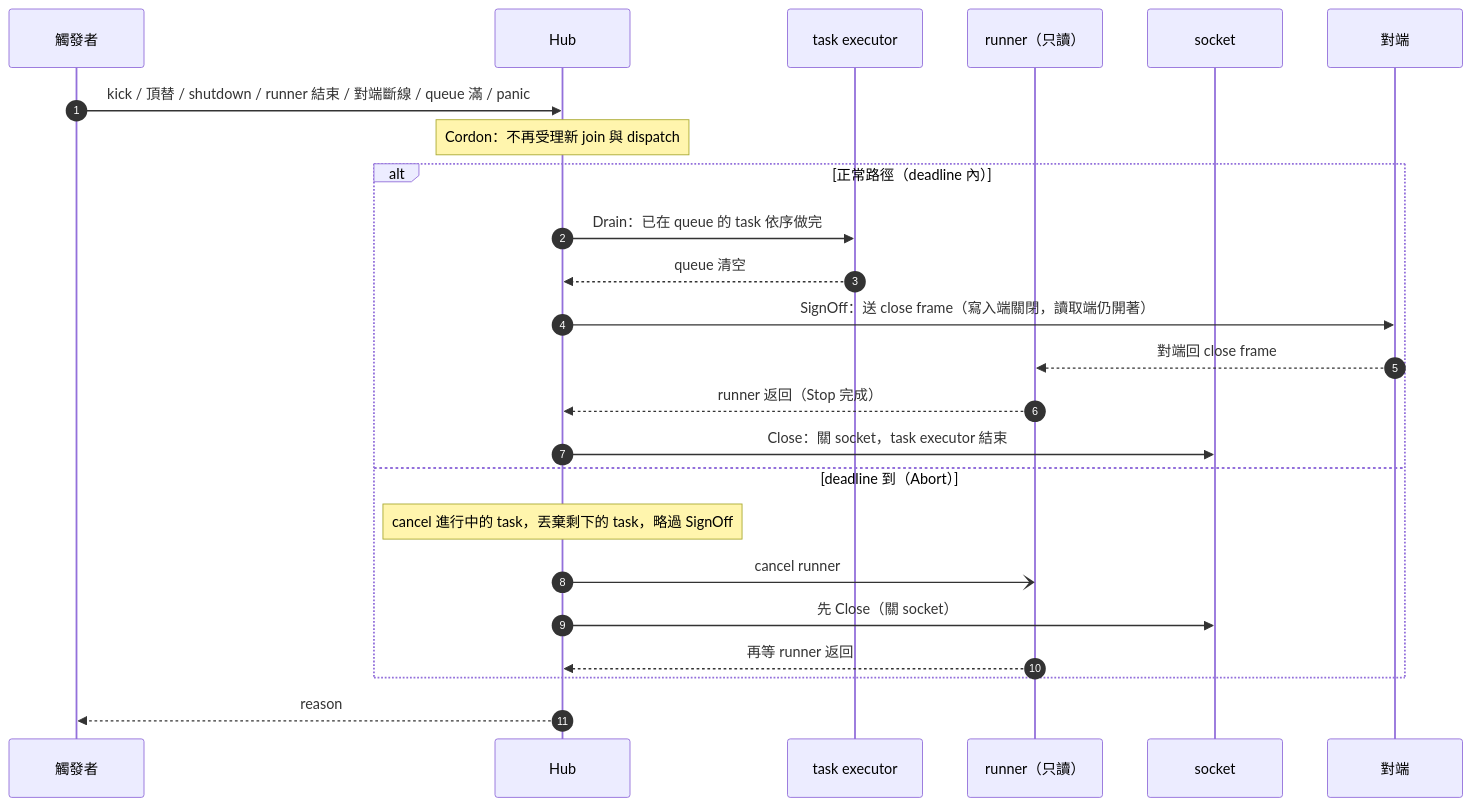
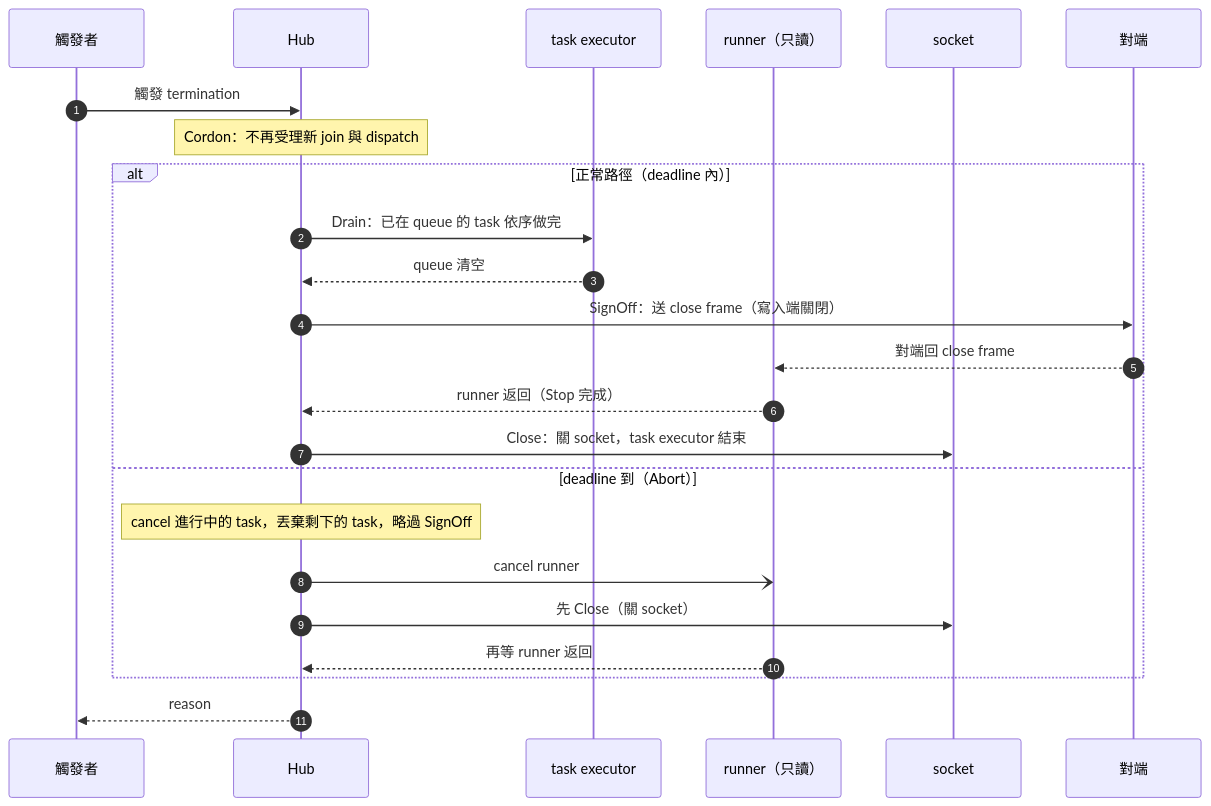
The fifth of 6 diagrams in app_lifecycle.md (KScaesar/system_design), drawn with Mermaid before and after one commit. The commit also changed other lines of this file, not shown here.

````diff
--- a/app_lifecycle.md
+++ b/app_lifecycle.md
@@ -854,27 +1465,27 @@
 ```mermaid
 sequenceDiagram
     autonumber
     participant T as 觸發者
     participant Hub
     participant Q as task executor
     participant R as runner（只讀）
     participant S as socket
     participant P as 對端
 
-    T->>Hub: kick / 頂替 / shutdown / runner 結束 / 對端斷線 / queue 滿 / panic
+    T->>Hub: 觸發 termination
     Note over Hub: Cordon：不再受理新 join 與 dispatch
     alt 正常路徑（deadline 內）
         Hub->>Q: Drain：已在 queue 的 task 依序做完
         Q-->>Hub: queue 清空
-        Hub->>P: SignOff：送 close frame（寫入端關閉，讀取端仍開著）
+        Hub->>P: SignOff：送 close frame（寫入端關閉）
         P-->>R: 對端回 close frame
         R-->>Hub: runner 返回（Stop 完成）
         Hub->>S: Close：關 socket，task executor 結束
     else deadline 到（Abort）
         Note over Hub: cancel 進行中的 task，丟棄剩下的 task，略過 SignOff
         Hub-)R: cancel runner
         Hub->>S: 先 Close（關 socket）
         R-->>Hub: 再等 runner 返回
     end
     Hub-->>T: reason
 ```
````
